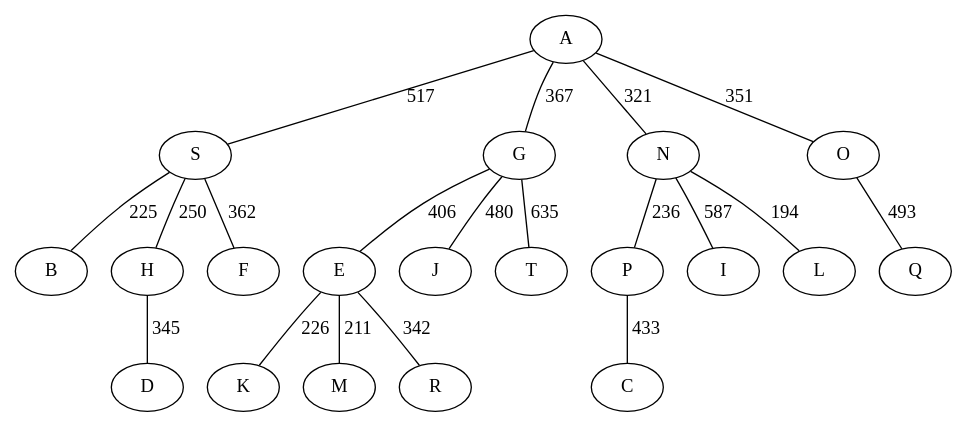
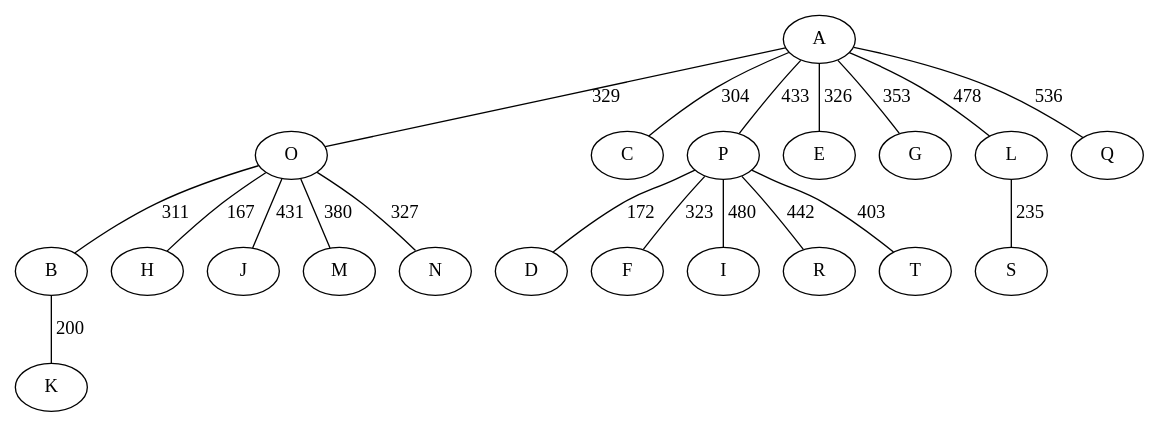
The diagram in Output/Dijkstra/shortest_paths.dot (Guiritho/Assignment_Algo), drawn with Graphviz before and after one commit. The commit also changed 23 other files, not shown here.

```diff
--- a/Output/Dijkstra/shortest_paths.dot
+++ b/Output/Dijkstra/shortest_paths.dot
@@ -1,21 +1,21 @@
 graph shortest_paths {
-	S -- B [label="225"];
-	P -- C [label="433"];
-	H -- D [label="345"];
-	G -- E [label="406"];
-	S -- F [label="362"];
-	A -- G [label="367"];
-	S -- H [label="250"];
-	N -- I [label="587"];
-	G -- J [label="480"];
-	E -- K [label="226"];
-	N -- L [label="194"];
-	E -- M [label="211"];
-	A -- N [label="321"];
-	A -- O [label="351"];
-	N -- P [label="236"];
-	O -- Q [label="493"];
-	E -- R [label="342"];
-	A -- S [label="517"];
-	G -- T [label="635"];
+	O -- B [label="311"];
+	A -- C [label="304"];
+	P -- D [label="172"];
+	A -- E [label="326"];
+	P -- F [label="323"];
+	A -- G [label="353"];
+	O -- H [label="167"];
+	P -- I [label="480"];
+	O -- J [label="431"];
+	B -- K [label="200"];
+	A -- L [label="478"];
+	O -- M [label="380"];
+	O -- N [label="327"];
+	A -- O [label="329"];
+	A -- P [label="433"];
+	A -- Q [label="536"];
+	P -- R [label="442"];
+	L -- S [label="235"];
+	P -- T [label="403"];
 }
```
